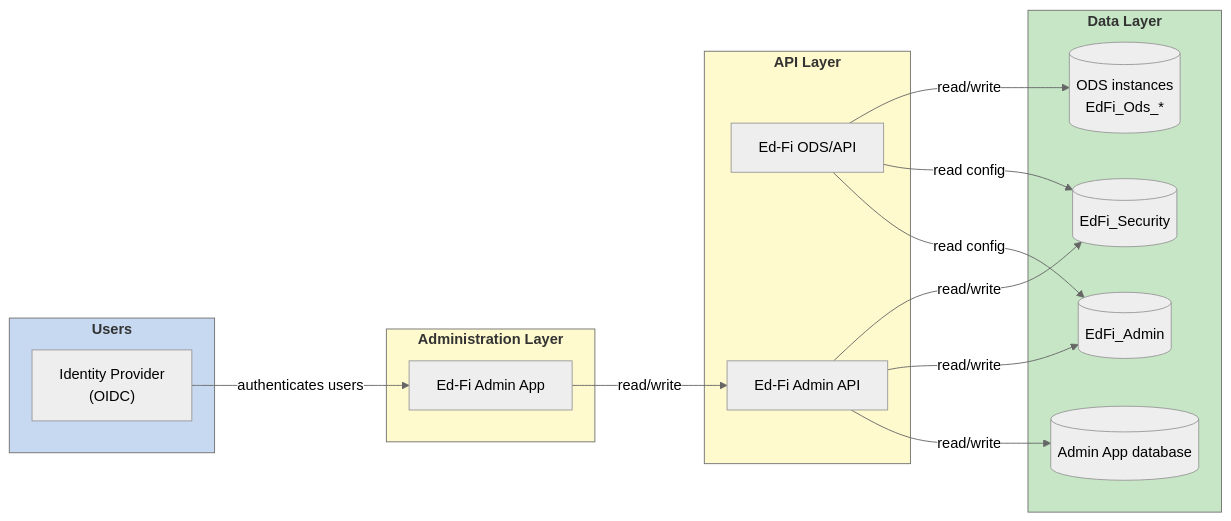
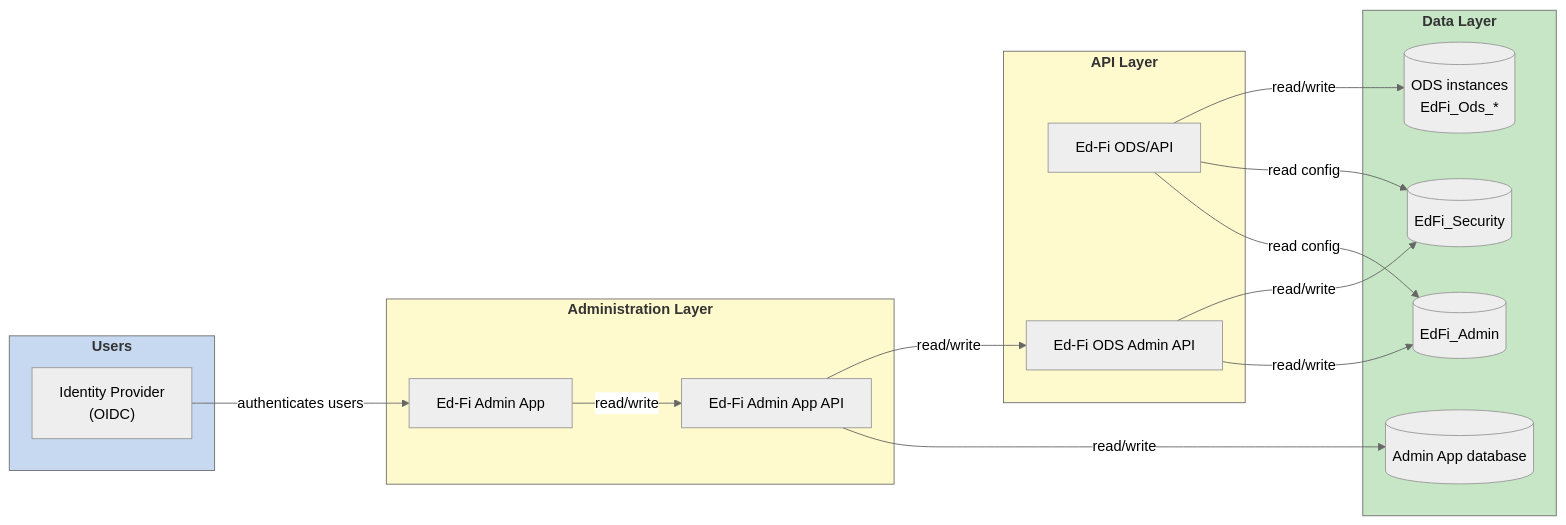
The first of 2 diagrams in docs/getting-started/sea-playbook/deployment-guide/readme.md (Ed-Fi-Alliance-OSS/ed-fi-alliance-oss.github.io), drawn with Mermaid (neutral theme) before and after one commit. The commit also changed other lines of this file, not shown here.

Commit message:
update the Deployment architecture C4 diagram

````diff
--- a/docs/getting-started/sea-playbook/deployment-guide/readme.md
+++ b/docs/getting-started/sea-playbook/deployment-guide/readme.md
@@ -18,37 +18,39 @@
 ```mermaid
 graph LR
 
     subgraph Users["<b>Users</b>"]
         idp["Identity Provider<br/>(OIDC)"]
     end
 
     subgraph AdminLayer["<b>Administration Layer</b>"]
         adminapp["Ed-Fi Admin App"]
+        adminappapi["Ed-Fi Admin App API"]
     end
 
     subgraph ApiLayer["<b>API Layer</b>"]
         odsapi["Ed-Fi ODS/API"]
-        adminapi["Ed-Fi Admin API"]
+        adminapi["Ed-Fi ODS Admin API"]
     end
 
     subgraph Data["<b>Data Layer</b>"]
         adminDb[(EdFi_Admin)]
         securityDb[(EdFi_Security)]
         appDb[(Admin App database)]
         ods[(ODS instances<br/>EdFi_Ods_*)]
     end
 
     idp -->|authenticates users| adminapp
-    adminapi -->|read/write| appDb
-    adminapp -->|read/write| adminapi
+    adminappapi -->|read/write| appDb
+    adminapp -->|read/write| adminappapi
     adminapi -->|read/write| adminDb
     adminapi -->|read/write| securityDb
+    adminappapi -->|read/write| adminapi
     odsapi -->|read config| adminDb
     odsapi -->|read config| securityDb
     odsapi -->|read/write| ods
 
     style Users fill:#c6d9f0
     style AdminLayer fill:#fffacd
     style ApiLayer fill:#fffacd
     style Data fill:#c6e6c6
 ```
````
